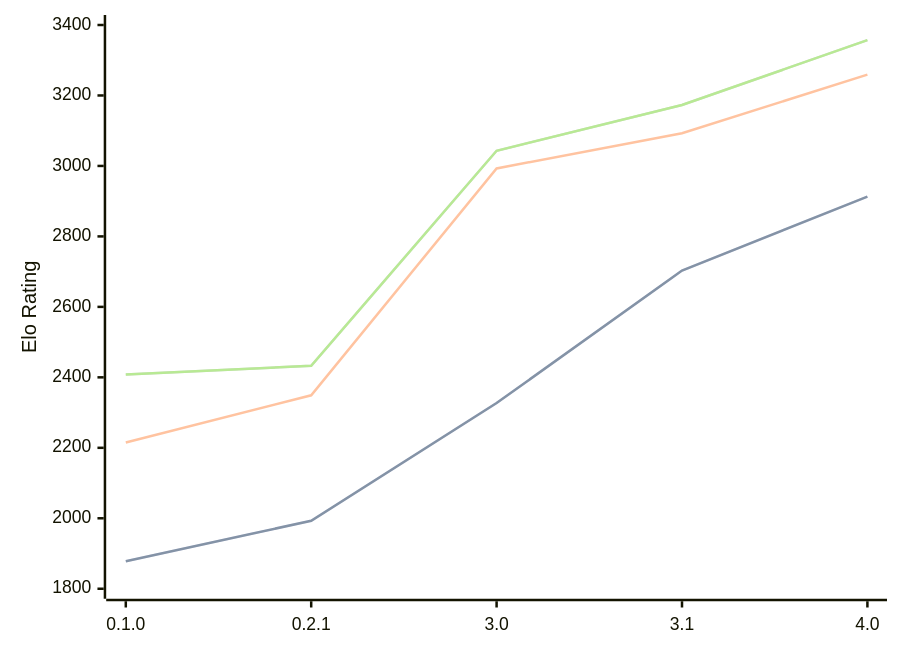
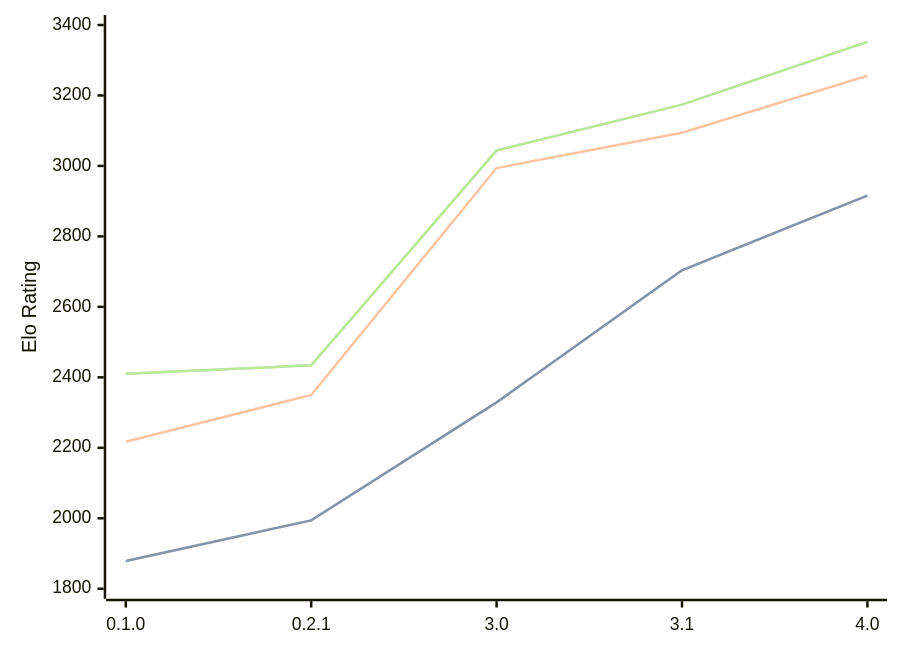
The diagram in engines/Sykora.md (computer-chess-index/cci), drawn with Mermaid before and after one commit. The commit also changed other lines of this file, not shown here.

Commit message:
Update CCI Ratings (ELO VLTC) - 2026-08-09

````diff
--- a/engines/Sykora.md
+++ b/engines/Sykora.md
@@ -36,11 +36,11 @@
 ```mermaid
 %%{init: {"theme":"base","themeVariables":{"seriesColors:['#a3a3a3','#222221','#faa371']}}}%%
 xychart-beta
   x-axis ["0.1.0", "0.2.1", "3.0", "3.1", "4.0"]
   y-axis "Elo Rating" 1800 --> 3400
-  line "STC (8.0+0.08s)" [1878, 1993, 2327, 2703, 2913]
-  line "STC (8.0+0.08s)" [1878, 1993, 2327, 2703, 2913]
-  line "LTC (60.0+0.60s)" [2215, 2349, 2993, 3093, 3259]
-  line "VLTC (2m24s+1.12s)" [2408, 2433, 3043, 3173, 3357]
-  line "VLTC (2m24s+1.12s)" [2408, 2433, 3043, 3173, 3357]
+  line "STC (8.0+0.08s)" [1879, 1994, 2329, 2704, 2916]
+  line "STC (8.0+0.08s)" [1879, 1994, 2329, 2704, 2916]
+  line "LTC (60.0+0.60s)" [2217, 2350, 2994, 3094, 3256]
+  line "VLTC (2m24s+1.12s)" [2410, 2434, 3044, 3174, 3352]
+  line "VLTC (2m24s+1.12s)" [2410, 2434, 3044, 3174, 3352]
 ```
````
